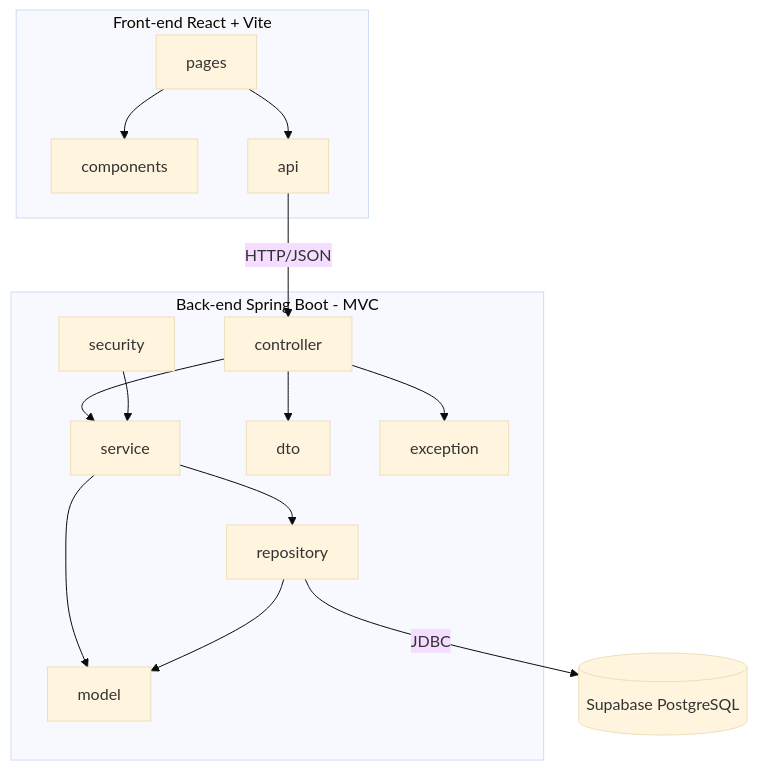
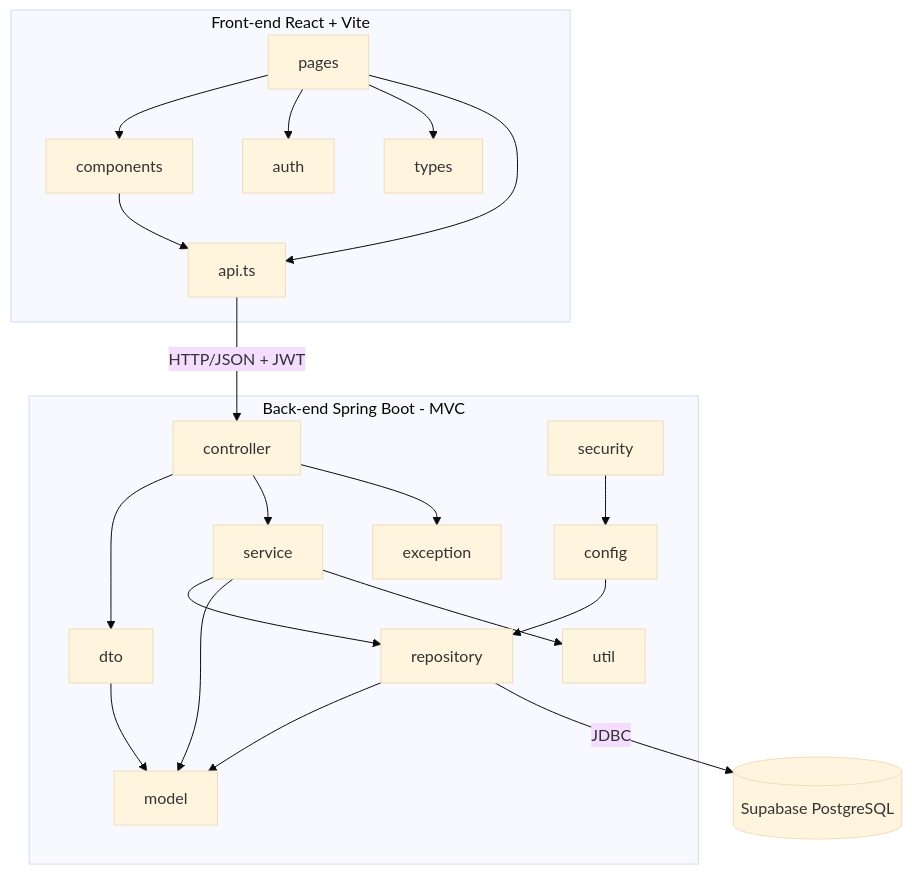
One commit to gpresot/Sistema-de-Aluguel-de-Carros changed the fourth of 4 diagrams in docs/modelagem.md. Above: the diagram before and after it, drawn with Mermaid (base theme). The commit also changed other lines of this file and 26 other files, not shown here.

````diff
--- a/docs/modelagem.md
+++ b/docs/modelagem.md
@@ -193,30 +220,40 @@
 ```mermaid
 flowchart TB
     subgraph Frontend[Front-end React + Vite]
         pages[pages]
         components[components]
-        api[api]
+        auth[auth]
+        types[types]
+        api[api.ts]
     end
     subgraph Backend[Back-end Spring Boot - MVC]
         controller[controller]
         service[service]
         repository[repository]
         model[model]
         dto[dto]
         security[security]
+        config[config]
         exception[exception]
+        util[util]
     end
     DB[(Supabase PostgreSQL)]
 
     pages --> components
+    pages --> auth
+    pages --> types
     pages --> api
-    api -- HTTP/JSON --> controller
+    components --> api
+    api -- HTTP/JSON + JWT --> controller
     controller --> dto
     controller --> service
     service --> repository
     service --> model
+    service --> util
     repository --> model
-    security --> service
+    dto --> model
+    security --> config
+    config --> repository
     controller --> exception
     repository -- JDBC --> DB
 ```
````
